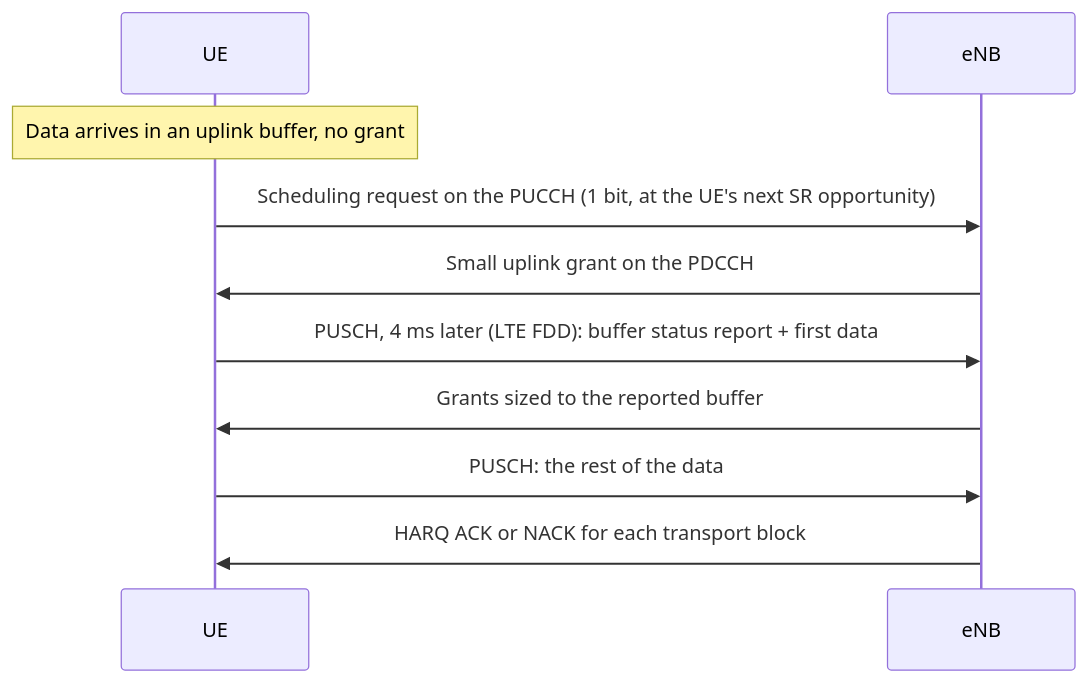
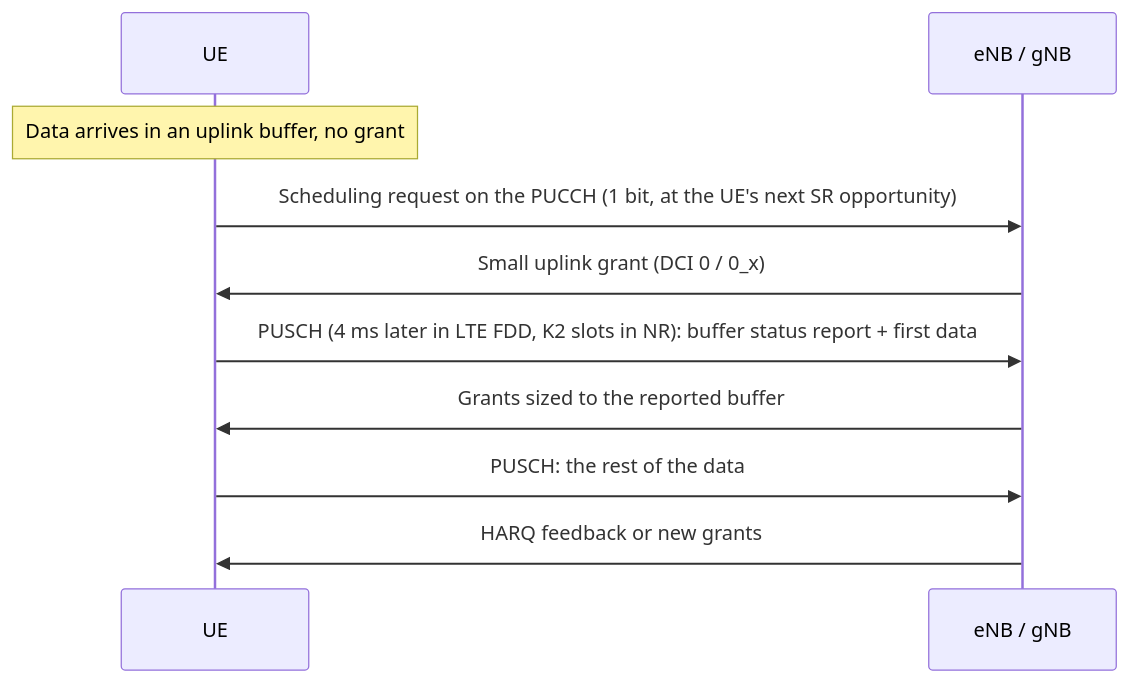
The fifth of 9 diagrams in wireless-protocols-and-connectivity/cellular/cellular.md (yassineflag/engineering-notes-public), drawn with Mermaid before and after one commit. The commit also changed other lines of this file, not shown here.

````diff
--- a/wireless-protocols-and-connectivity/cellular/cellular.md
+++ b/wireless-protocols-and-connectivity/cellular/cellular.md
@@ -696,12 +727,12 @@
 ```mermaid
 sequenceDiagram
     participant UE
-    participant BS as eNB
+    participant BS as eNB / gNB
     Note over UE: Data arrives in an uplink buffer, no grant
     UE->>BS: Scheduling request on the PUCCH (1 bit, at the UE's next SR opportunity)
-    BS->>UE: Small uplink grant on the PDCCH
-    UE->>BS: PUSCH, 4 ms later (LTE FDD): buffer status report + first data
+    BS->>UE: Small uplink grant (DCI 0 / 0_x)
+    UE->>BS: PUSCH (4 ms later in LTE FDD, K2 slots in NR): buffer status report + first data
     BS->>UE: Grants sized to the reported buffer
     UE->>BS: PUSCH: the rest of the data
-    BS->>UE: HARQ ACK or NACK for each transport block
+    BS->>UE: HARQ feedback or new grants
 ```
````
